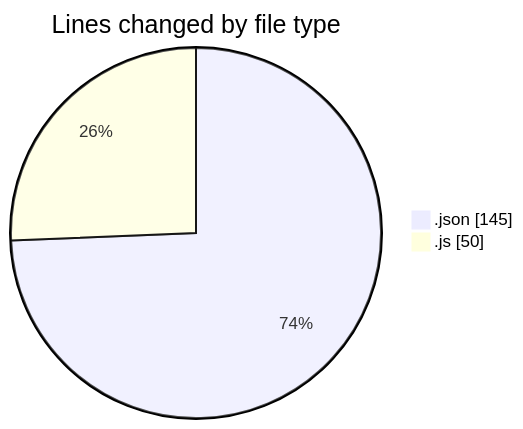
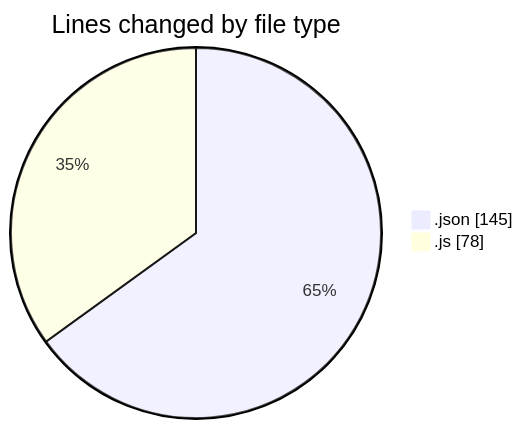
Before and after one commit to yexinjia/code-tracking: the first of 2 diagrams in 2026-08-01/mono-test/README.md, drawn with Mermaid. The commit also changed other lines of this file and 1 other file, not shown here.

````diff
--- a/2026-08-01/mono-test/README.md
+++ b/2026-08-01/mono-test/README.md
@@ -21,6 +21,6 @@
 ```mermaid
 pie showData
 title Lines changed by file type
 ".json" : 145
-".js" : 50
+".js" : 78
 ```
````
